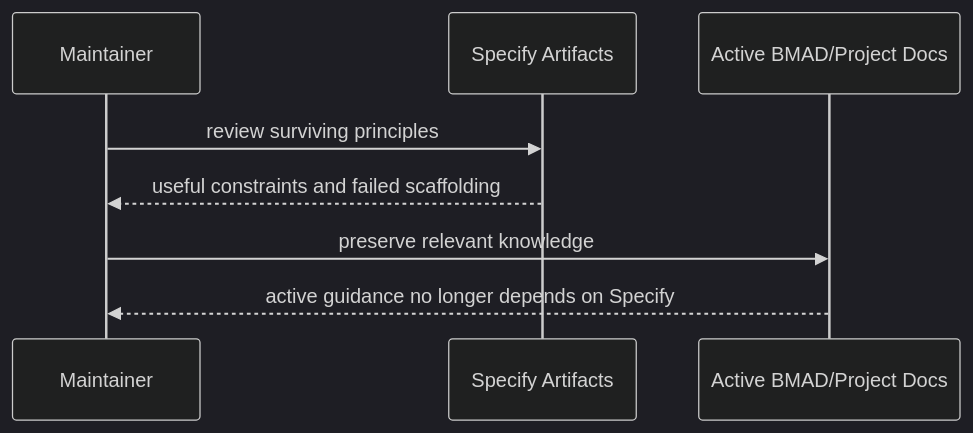
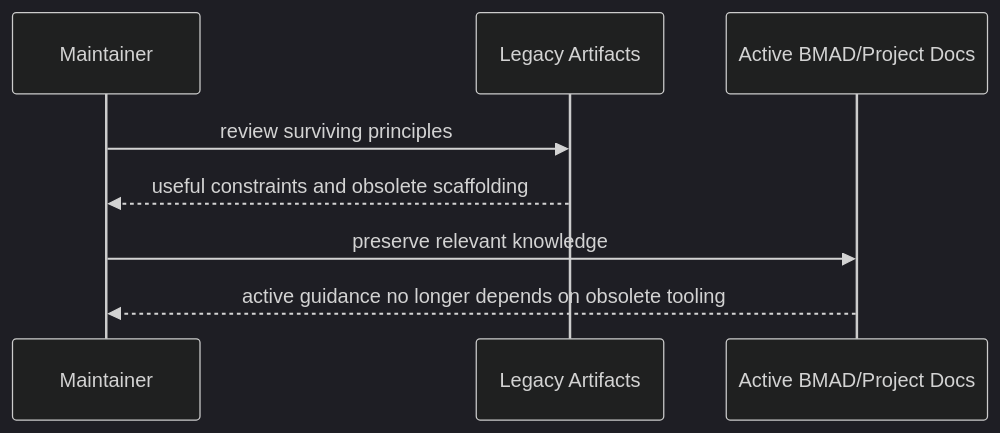
Diagram 17 of 20 in _bmad-output/planning-artifacts/epics.md (maxiim3/nostr-tools-ng-app), drawn with Mermaid (dark theme) before and after one commit. The commit also changed other lines of this file and 85 other files, not shown here.

````diff
--- a/_bmad-output/planning-artifacts/epics.md
+++ b/_bmad-output/planning-artifacts/epics.md
@@ -1112,10 +1067,10 @@
 ```mermaid
 sequenceDiagram
   participant Maintainer
-  participant Specify as Specify Artifacts
+  participant Legacy as Legacy Artifacts
   participant Docs as Active BMAD/Project Docs
-  Maintainer->>Specify: review surviving principles
-  Specify-->>Maintainer: useful constraints and failed scaffolding
+  Maintainer->>Legacy: review surviving principles
+  Legacy-->>Maintainer: useful constraints and obsolete scaffolding
   Maintainer->>Docs: preserve relevant knowledge
-  Docs-->>Maintainer: active guidance no longer depends on Specify
+  Docs-->>Maintainer: active guidance no longer depends on obsolete tooling
 ```
````
